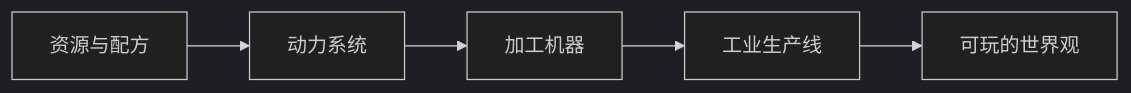
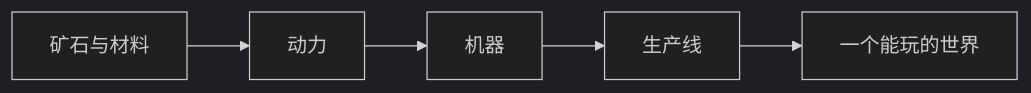
One commit to Zhumi-Heavy-Industries/.github changed the diagram in profile/README.md. Above: the diagram before and after it, drawn with Mermaid (dark theme). The commit also changed other lines of this file, not shown here.

````diff
--- a/profile/README.md
+++ b/profile/README.md
@@ -20,7 +20,7 @@
 ```mermaid
 flowchart LR
-  A[资源与配方] --> B[动力系统]
-  B --> C[加工机器]
-  C --> D[工业生产线]
-  D --> E[可玩的世界观]
+  A[矿石与材料] --> B[动力]
+  B --> C[机器]
+  C --> D[生产线]
+  D --> E[一个能玩的世界]
 ```
````
